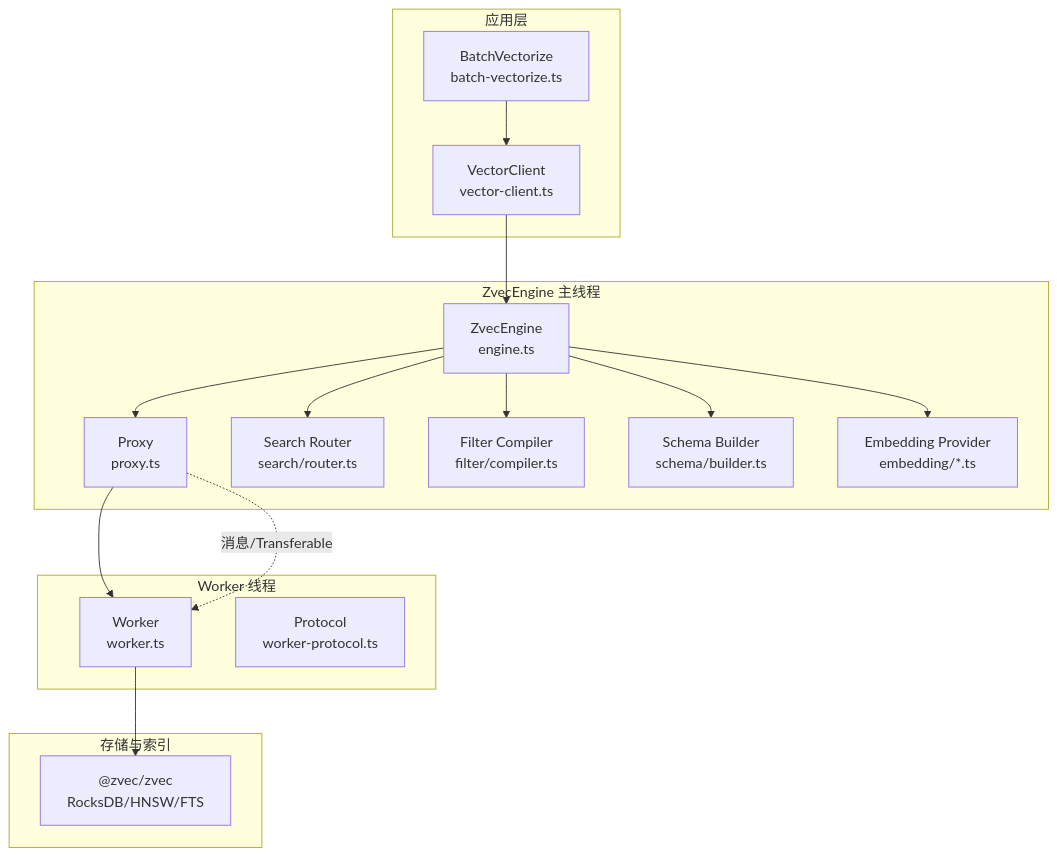
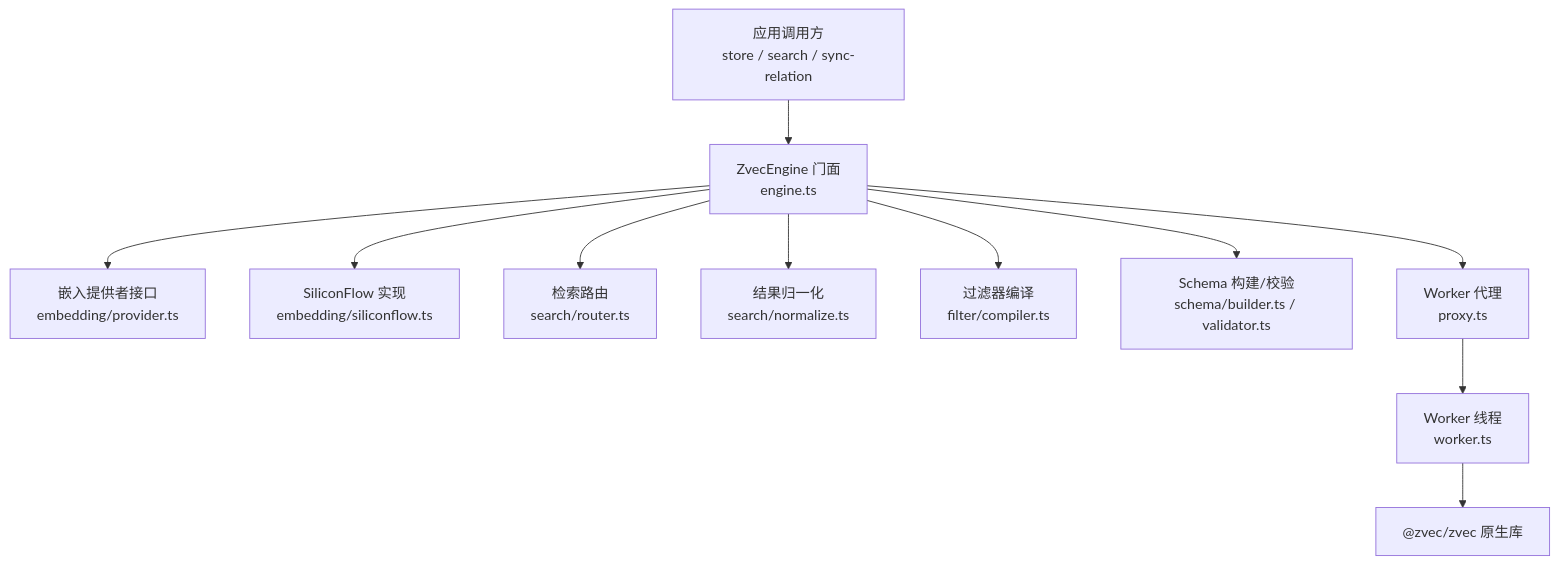
The first of 8 diagrams in .qoder/repowiki/zh/content/向量引擎架构/向量引擎架构.md (HACK-WU/kisearch), drawn with Mermaid before and after one commit. The commit also changed other lines of this file and 623 other files, not shown here.

````diff
--- a/.qoder/repowiki/zh/content/向量引擎架构/向量引擎架构.md
+++ b/.qoder/repowiki/zh/content/向量引擎架构/向量引擎架构.md
@@ -46,32 +46,13 @@
 ```mermaid
 graph TB
-subgraph "应用层"
-VC["VectorClient<br/>vector-client.ts"]
-BV["BatchVectorize<br/>batch-vectorize.ts"]
-end
-subgraph "ZvecEngine 主线程"
-E["ZvecEngine<br/>engine.ts"]
-P["Proxy<br/>proxy.ts"]
-R["Search Router<br/>search/router.ts"]
-F["Filter Compiler<br/>filter/compiler.ts"]
-S["Schema Builder<br/>schema/builder.ts"]
-EP["Embedding Provider<br/>embedding/*.ts"]
-end
-subgraph "Worker 线程"
-W["Worker<br/>worker.ts"]
-WP["Protocol<br/>worker-protocol.ts"]
-end
-subgraph "存储与索引"
-Z["@zvec/zvec<br/>RocksDB/HNSW/FTS"]
-end
-VC --> E
-BV --> VC
-E --> P
-E --> EP
-E --> R
-E --> F
-E --> S
-P --> W
-W --> Z
-P -.消息/Transferable.-> W
+A["应用调用方<br/>store / search / sync-relation"] --> B["ZvecEngine 门面<br/>engine.ts"]
+B --> C["嵌入提供者接口<br/>embedding/provider.ts"]
+B --> D["SiliconFlow 实现<br/>embedding/siliconflow.ts"]
+B --> E["检索路由<br/>search/router.ts"]
+B --> F["结果归一化<br/>search/normalize.ts"]
+B --> G["过滤器编译<br/>filter/compiler.ts"]
+B --> H["Schema 构建/校验<br/>schema/builder.ts / validator.ts"]
+B --> I["Worker 代理<br/>proxy.ts"]
+I --> J["Worker 线程<br/>worker.ts"]
+J --> K["@zvec/zvec 原生库"]
 ```
````
